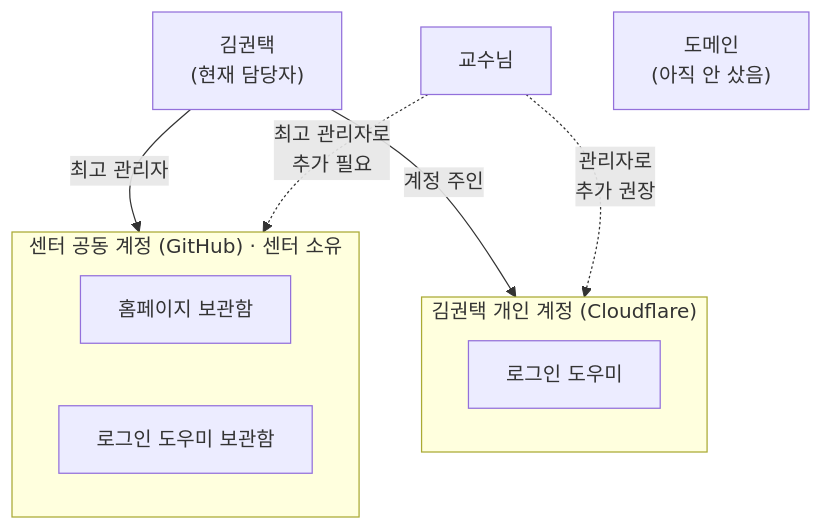
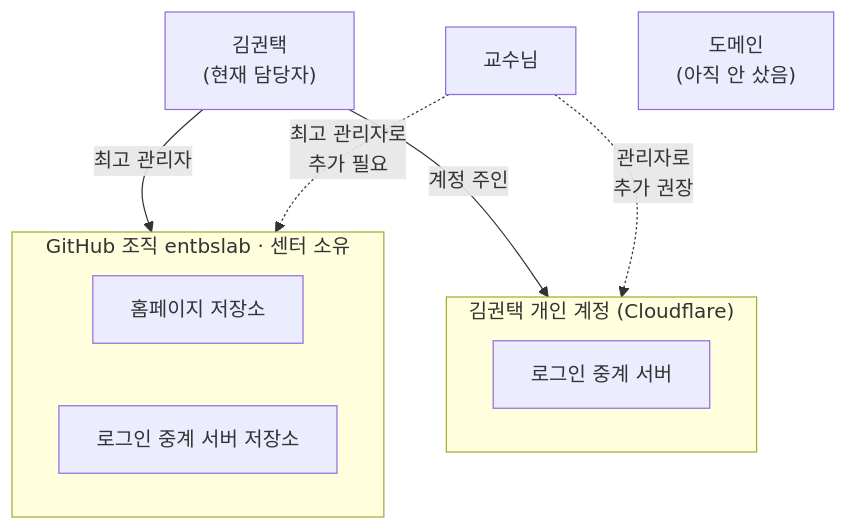
Before and after one commit to entbslab/entbslab.github.io: the third of 4 diagrams in docs/HANDOVER.md, drawn with Mermaid. The commit also changed other lines of this file, not shown here.

Commit message:
인수인계 문서: 풀어쓴 표현 대신 저장소·GitHub 조직·배포 등 표준 용어 사용

````diff
--- a/docs/HANDOVER.md
+++ b/docs/HANDOVER.md
@@ -80,17 +80,17 @@
 ```mermaid
 flowchart TD
   K["김권택<br/>(현재 담당자)"]
   P["교수님"]
-  subgraph ORG["센터 공동 계정 (GitHub) · 센터 소유"]
-    H["홈페이지 보관함"]
-    L["로그인 도우미 보관함"]
+  subgraph ORG["GitHub 조직 entbslab · 센터 소유"]
+    H["홈페이지 저장소"]
+    L["로그인 중계 서버 저장소"]
   end
   subgraph CF["김권택 개인 계정 (Cloudflare)"]
-    W["로그인 도우미"]
+    W["로그인 중계 서버"]
   end
   DM["도메인<br/>(아직 안 샀음)"]
   K -->|"최고 관리자"| ORG
   K -->|"계정 주인"| CF
   P -.->|"최고 관리자로<br/>추가 필요"| ORG
   P -.->|"관리자로<br/>추가 권장"| CF
 ```
````
